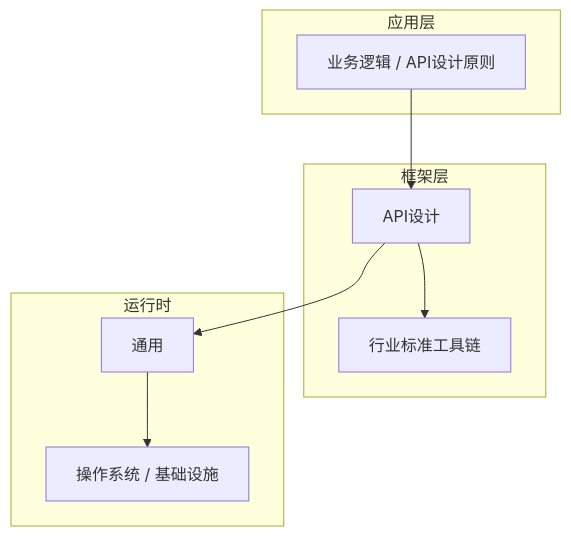
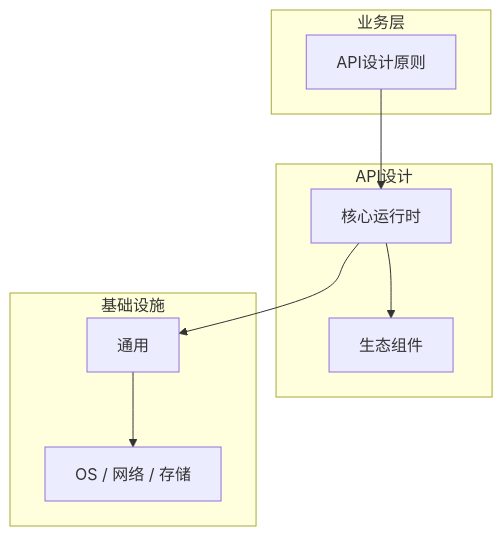
Before and after one commit to yanggan2015/knowledge-json-v2: the diagram in articles/API设计/chapters/001-API设计原则核心概念与原理.md, drawn with Mermaid. The commit also changed other lines of this file and 10127 other files, not shown here.

````diff
--- a/articles/API设计/chapters/001-API设计原则核心概念与原理.md
+++ b/articles/API设计/chapters/001-API设计原则核心概念与原理.md
@@ -45,18 +34,18 @@
 ```mermaid
 graph TB
-    subgraph 应用层
-        A[业务逻辑 / API设计原则]
+    subgraph 业务层
+        A[API设计原则]
     end
-    subgraph 框架层
-        B[API设计]
-        C[行业标准工具链]
+    subgraph API设计
+        B[核心运行时]
+        C[生态组件]
     end
-    subgraph 运行时
+    subgraph 基础设施
         D[通用]
-        E[操作系统 / 基础设施]
+        E[OS / 网络 / 存储]
     end
     A --> B
     B --> C
     B --> D
     D --> E
 ```
````
